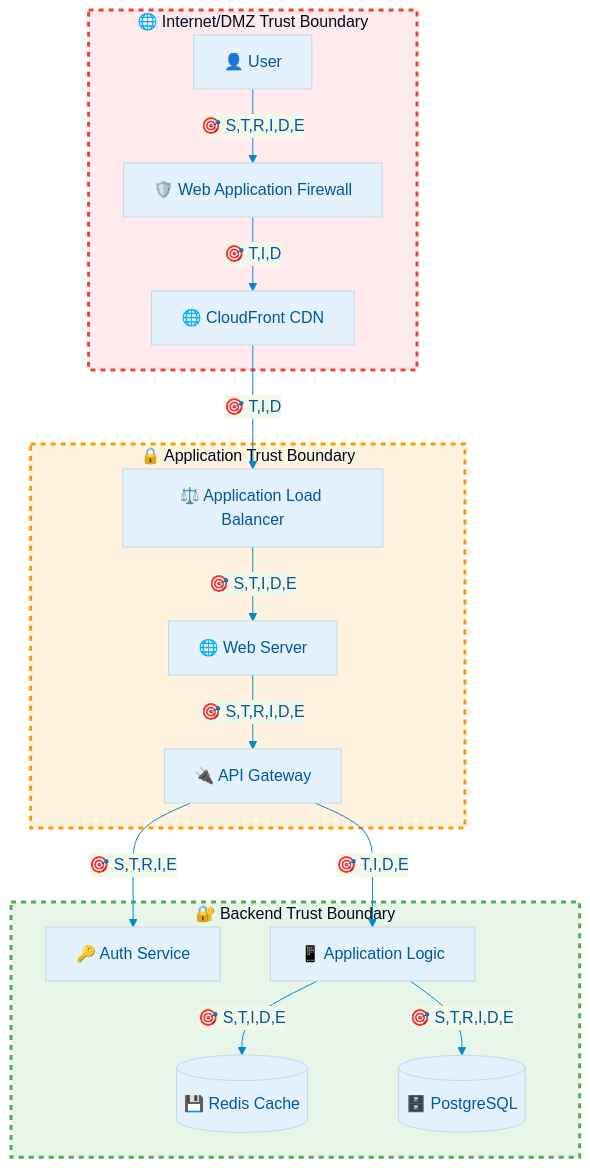
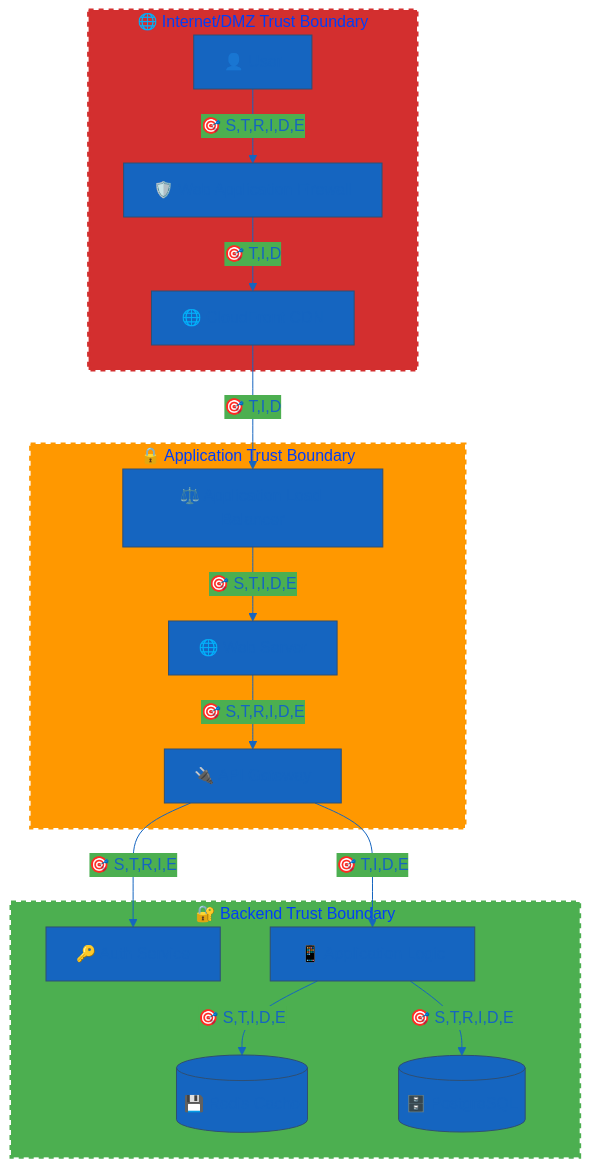
One commit to Hack23/ISMS-PUBLIC changed the sixth of 10 diagrams in Threat_Modeling.md. Above: the diagram before and after it, drawn with Mermaid. The commit also changed other lines of this file and 35 other files, not shown here.

````diff
--- a/Threat_Modeling.md
+++ b/Threat_Modeling.md
@@ -551,47 +551,47 @@
 ```mermaid
 %%{
   init: {
     'theme': 'base',
     'themeVariables': {
-      'primaryColor': '#e3f2fd',
-      'primaryTextColor': '#01579b',
-      'lineColor': '#0288d1',
-      'secondaryColor': '#f1f8e9',
-      'tertiaryColor': '#fff8e1'
+      'primaryColor': '#1565C0',
+      'primaryTextColor': '#1565C0',
+      'lineColor': '#1565C0',
+      'secondaryColor': '#4CAF50',
+      'tertiaryColor': '#FFC107'
     }
   }
 }%%
 flowchart TB
     subgraph TRUST_BOUNDARY_1["🌐 Internet/DMZ Trust Boundary"]
         USER[👤 User]
         WAF[🛡️ Web Application Firewall]
         CDN[🌐 CloudFront CDN]
     end
     
     subgraph TRUST_BOUNDARY_2["🔒 Application Trust Boundary"]
         ALB[⚖️ Application Load Balancer]
         WEB[🌐 Web Server]
         API[🔌 API Gateway]
     end
     
     subgraph TRUST_BOUNDARY_3["🔐 Backend Trust Boundary"]
         AUTH[🔑 Auth Service]
         APP[📱 Application Logic]
         CACHE[(💾 Redis Cache)]
         DB[(🗄️ PostgreSQL)]
     end
     
     USER -->|🎯 S,T,R,I,D,E| WAF
     WAF -->|🎯 T,I,D| CDN
     CDN -->|🎯 T,I,D| ALB
     ALB -->|🎯 S,T,I,D,E| WEB
     WEB -->|🎯 S,T,R,I,D,E| API
     API -->|🎯 S,T,R,I,E| AUTH
     API -->|🎯 T,I,D,E| APP
     APP -->|🎯 S,T,I,D,E| CACHE
     APP -->|🎯 S,T,R,I,D,E| DB
     
-    style TRUST_BOUNDARY_1 fill:#ffebee,stroke:#f44336,stroke-width:3px,stroke-dasharray: 5 5
-    style TRUST_BOUNDARY_2 fill:#fff3e0,stroke:#ff9800,stroke-width:3px,stroke-dasharray: 5 5
-    style TRUST_BOUNDARY_3 fill:#e8f5e9,stroke:#4caf50,stroke-width:3px,stroke-dasharray: 5 5
+    style TRUST_BOUNDARY_1 fill:#D32F2F,stroke:#D32F2F,stroke-width:3px,stroke-dasharray: 5 5
+    style TRUST_BOUNDARY_2 fill:#FF9800,stroke:#FF9800,stroke-width:3px,stroke-dasharray: 5 5
+    style TRUST_BOUNDARY_3 fill:#4CAF50,stroke:#4CAF50,stroke-width:3px,stroke-dasharray: 5 5
 ```
````
